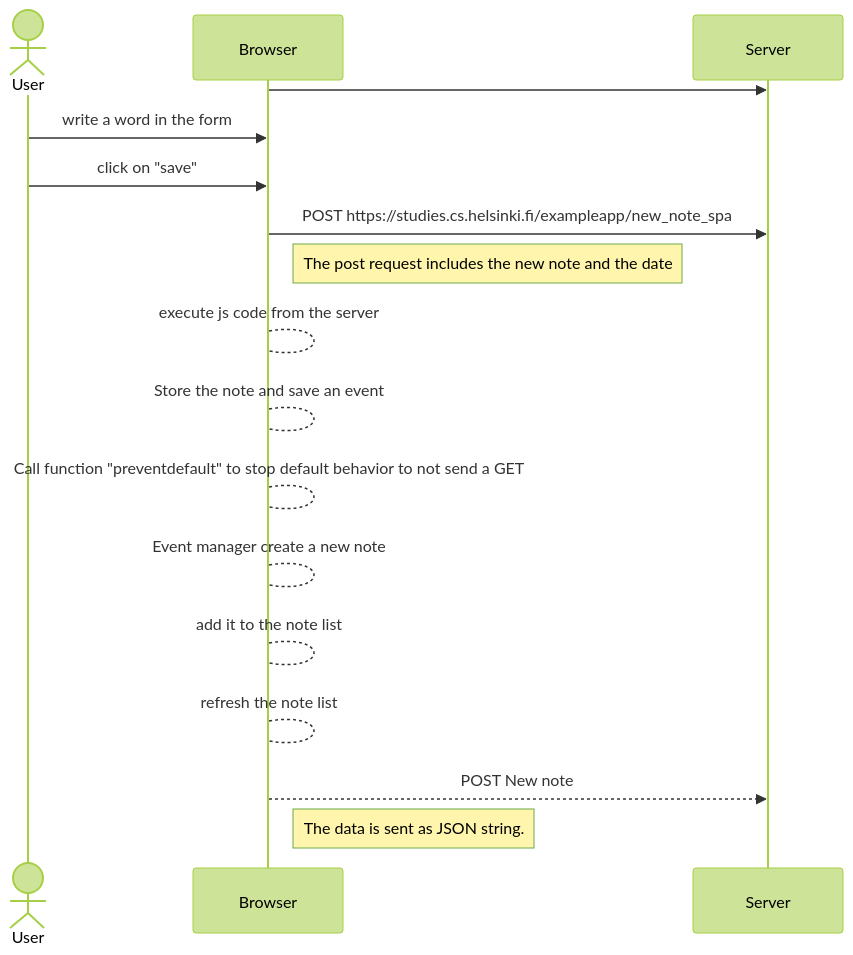
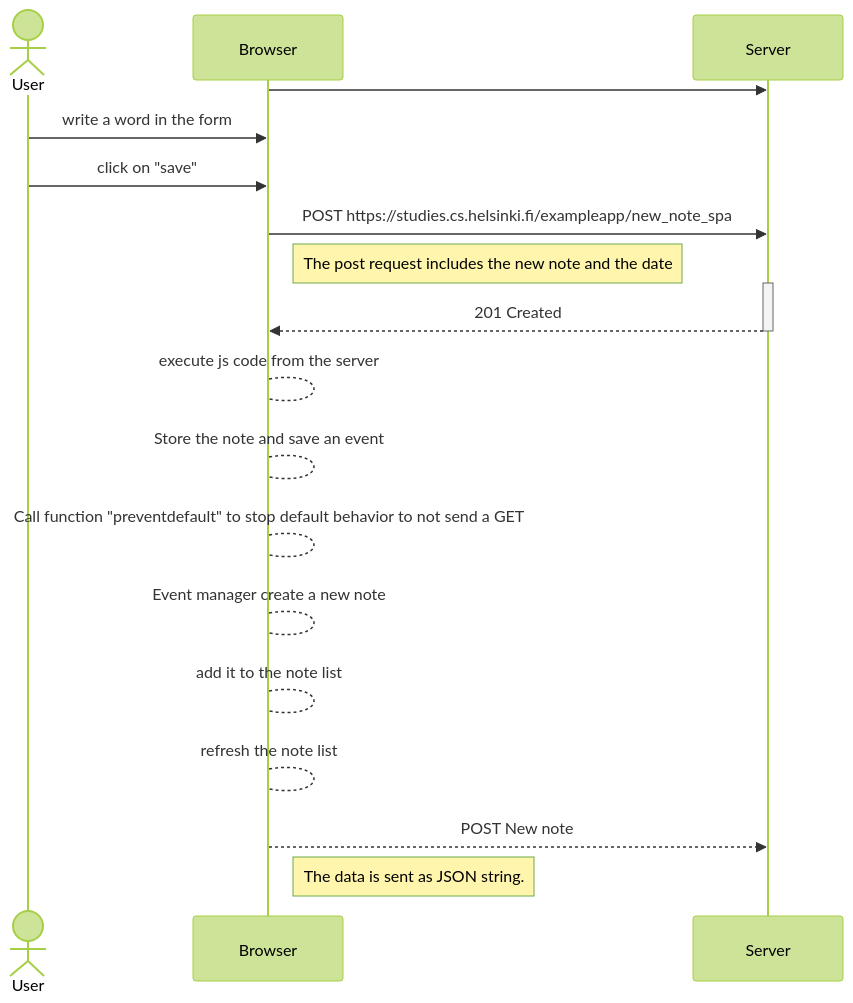
The diagram in diagramm exercice 0.5 fulstackopen.md (Blackleaf3416/Fullstackopen-part0), drawn with Mermaid (forest theme) before and after one commit.

Commit message:
Update diagramm exercice 0.5 fulstackopen.md

````diff
--- a/diagramm exercice 0.5 fulstackopen.md
+++ b/diagramm exercice 0.5 fulstackopen.md
@@ -1,21 +1,24 @@
 ```mermaid
 sequenceDiagram
 
 actor User
 participant Browser
 participant Server
 Browser->>Server: 
 User->>Browser: write a word in the form
 User->>Browser: click on "save"
 
 Browser->>Server: POST https://studies.cs.helsinki.fi/exampleapp/new_note_spa
 Note right of Browser: The post request includes the new note and the date
+Activate Server
+Server-->>Browser: 201 Created
+Deactivate Server
 Browser-->Browser: execute js code from the server
 Browser-->Browser: Store the note and save an event
 Browser-->Browser: Call function "preventdefault" to stop default behavior to not send a GET
 Browser-->Browser: Event manager create a new note
 Browser-->Browser: add it to the note list
 Browser-->Browser: refresh the note list
 Browser-->>Server: POST New note
 Note right of Browser: The data is sent as JSON string.
 ```
````
